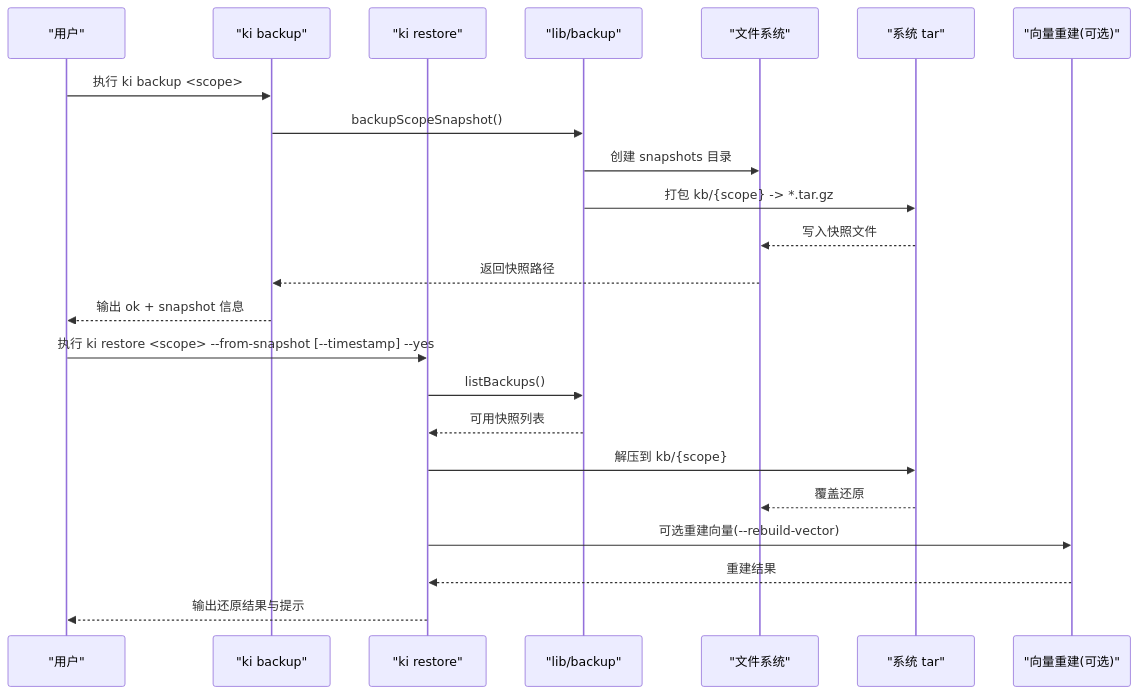
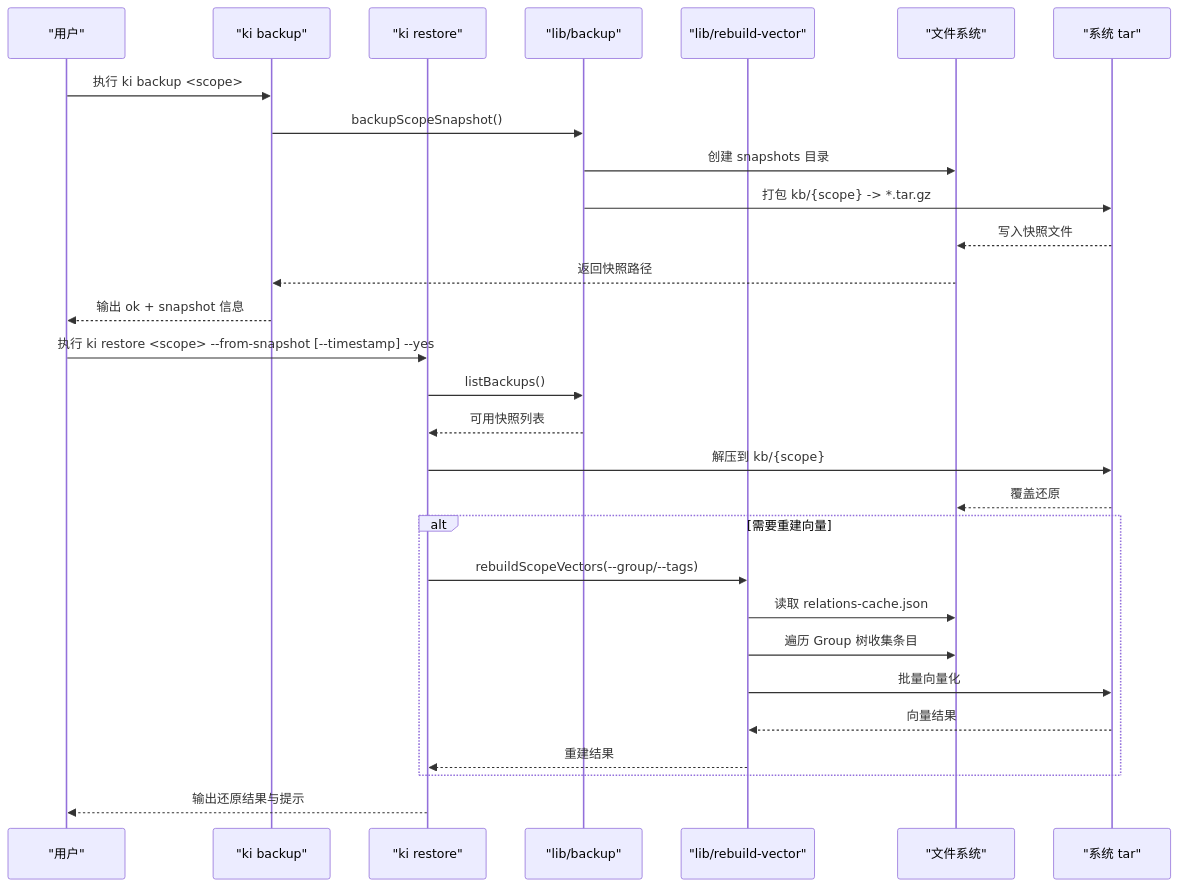
Before and after one commit to HACK-WU/kisearch: the second of 6 diagrams in .qoder/repowiki/zh/content/知识库管理/备份与恢复.md, drawn with Mermaid. The commit also changed other lines of this file and 303 other files, not shown here.

````diff
--- a/.qoder/repowiki/zh/content/知识库管理/备份与恢复.md
+++ b/.qoder/repowiki/zh/content/知识库管理/备份与恢复.md
@@ -95,25 +118,31 @@
 ```mermaid
 sequenceDiagram
 participant U as "用户"
 participant BK as "ki backup"
 participant RB as "ki restore"
 participant LB as "lib/backup"
+participant RV as "lib/rebuild-vector"
 participant FS as "文件系统"
 participant TAR as "系统 tar"
-participant RV as "向量重建(可选)"
 U->>BK : 执行 ki backup <scope>
 BK->>LB : backupScopeSnapshot()
 LB->>FS : 创建 snapshots 目录
 LB->>TAR : 打包 kb/{scope} -> *.tar.gz
 TAR-->>FS : 写入快照文件
 FS-->>BK : 返回快照路径
 BK-->>U : 输出 ok + snapshot 信息
 U->>RB : 执行 ki restore <scope> --from-snapshot [--timestamp] --yes
 RB->>LB : listBackups()
 LB-->>RB : 可用快照列表
 RB->>TAR : 解压到 kb/{scope}
 TAR-->>FS : 覆盖还原
-RB->>RV : 可选重建向量(--rebuild-vector)
+alt 需要重建向量
+RB->>RV : rebuildScopeVectors(--group/--tags)
+RV->>FS : 读取 relations-cache.json
+RV->>FS : 遍历 Group 树收集条目
+RV->>TAR : 批量向量化
+TAR-->>RV : 向量结果
 RV-->>RB : 重建结果
+end
 RB-->>U : 输出还原结果与提示
 ```
````
